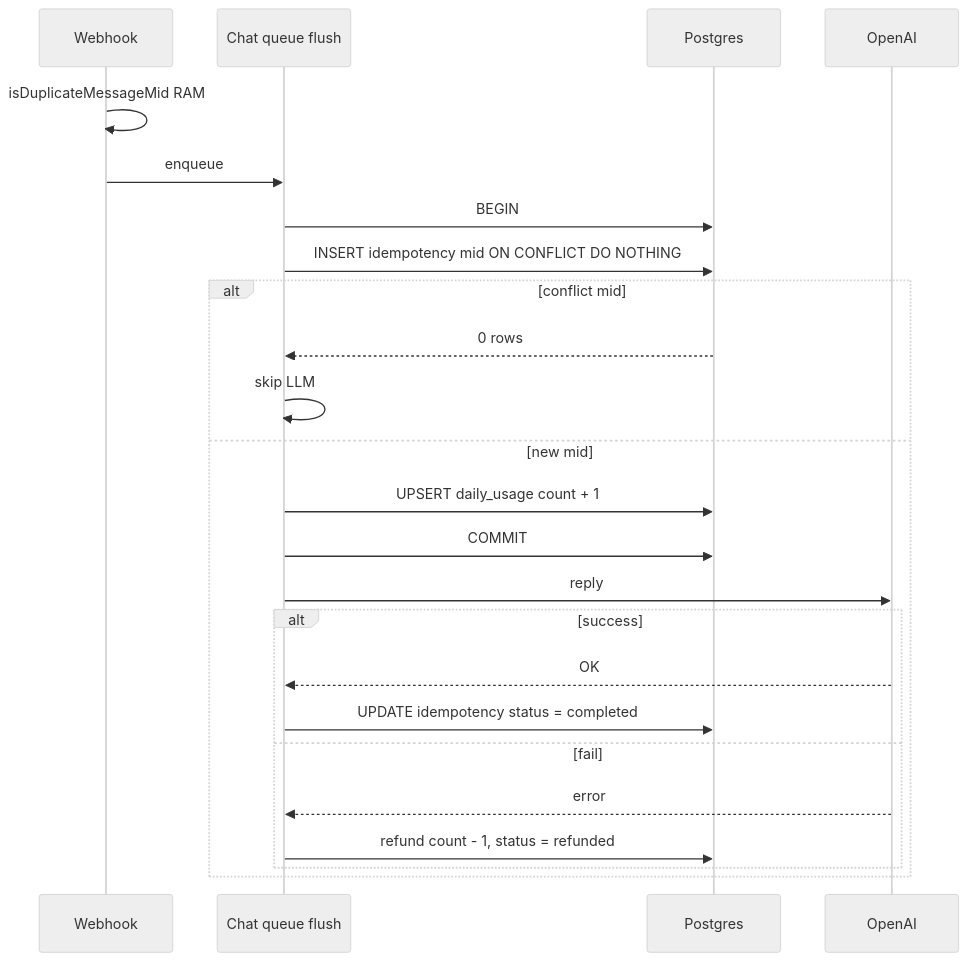
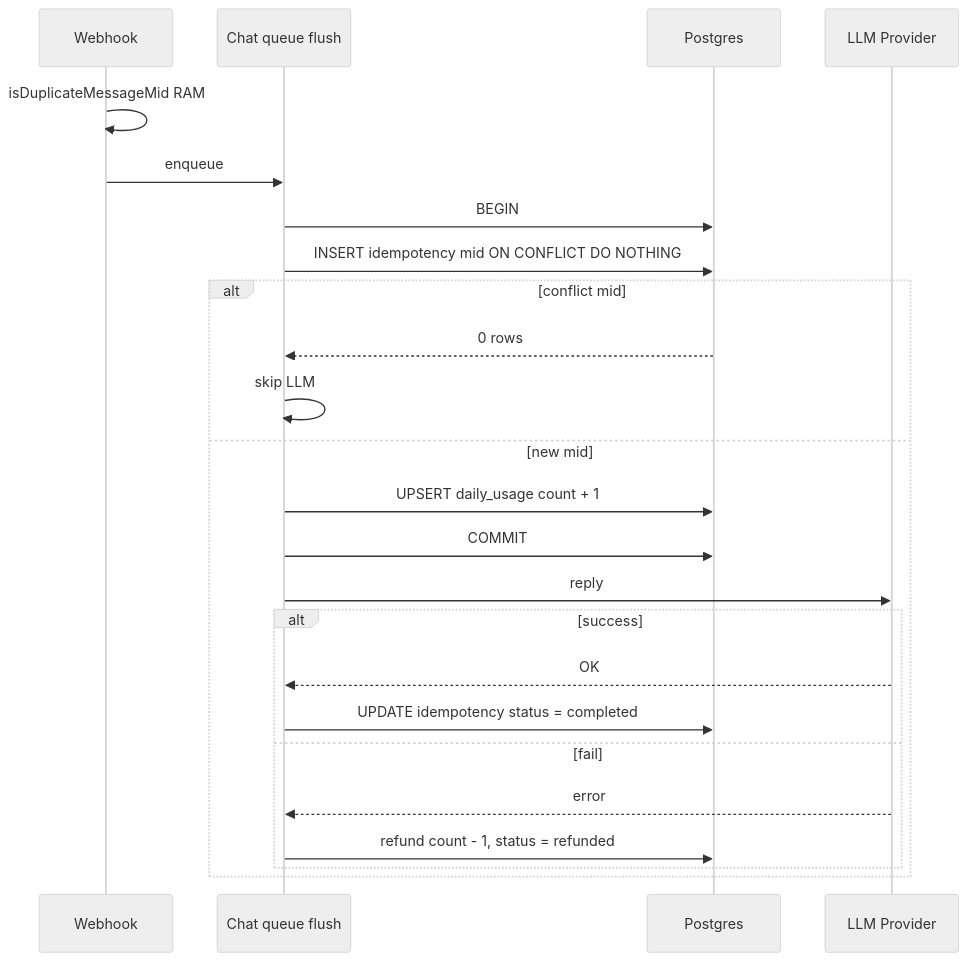
One commit to lengocanh2005it/messenger-ai-for-student changed the fourth of 7 diagrams in apps/messenger-bot/docs/chat-rate-limit-quota.md. Above: the diagram before and after it, drawn with Mermaid (neutral theme). The commit also changed other lines of this file and 49 other files, not shown here.

First line of the commit message:
feat(llm-agent): implement provider abstraction — adapter pattern decouple LLM core from harness (#32)

````diff
--- a/apps/messenger-bot/docs/chat-rate-limit-quota.md
+++ b/apps/messenger-bot/docs/chat-rate-limit-quota.md
@@ -463,27 +463,27 @@
 ```mermaid
 sequenceDiagram
   participant WH as Webhook
   participant Q as Chat queue flush
   participant DB as Postgres
-  participant LLM as OpenAI
+  participant LLM as LLM Provider
 
   WH->>WH: isDuplicateMessageMid RAM
   WH->>Q: enqueue
   Q->>DB: BEGIN
   Q->>DB: INSERT idempotency mid ON CONFLICT DO NOTHING
   alt conflict mid
     DB-->>Q: 0 rows
     Q->>Q: skip LLM
   else new mid
     Q->>DB: UPSERT daily_usage count + 1
     Q->>DB: COMMIT
     Q->>LLM: reply
     alt success
       LLM-->>Q: OK
       Q->>DB: UPDATE idempotency status = completed
     else fail
       LLM-->>Q: error
       Q->>DB: refund count - 1, status = refunded
     end
   end
 ```
````
